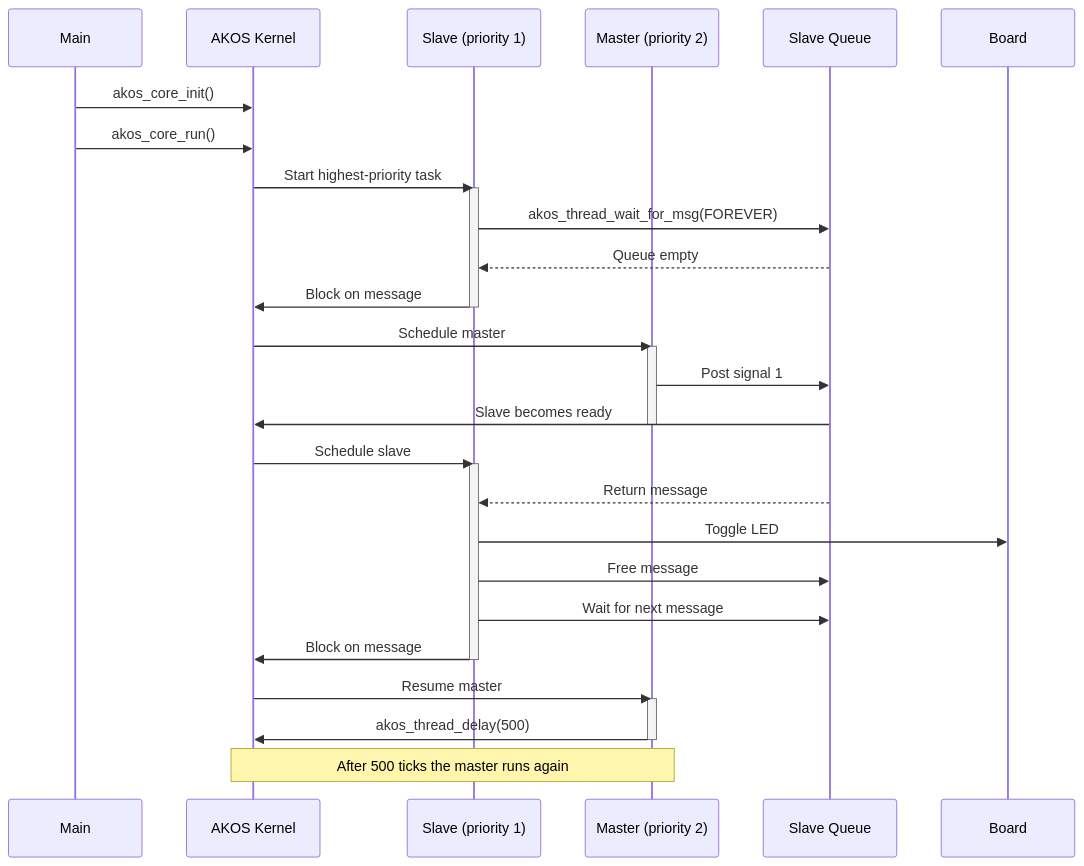
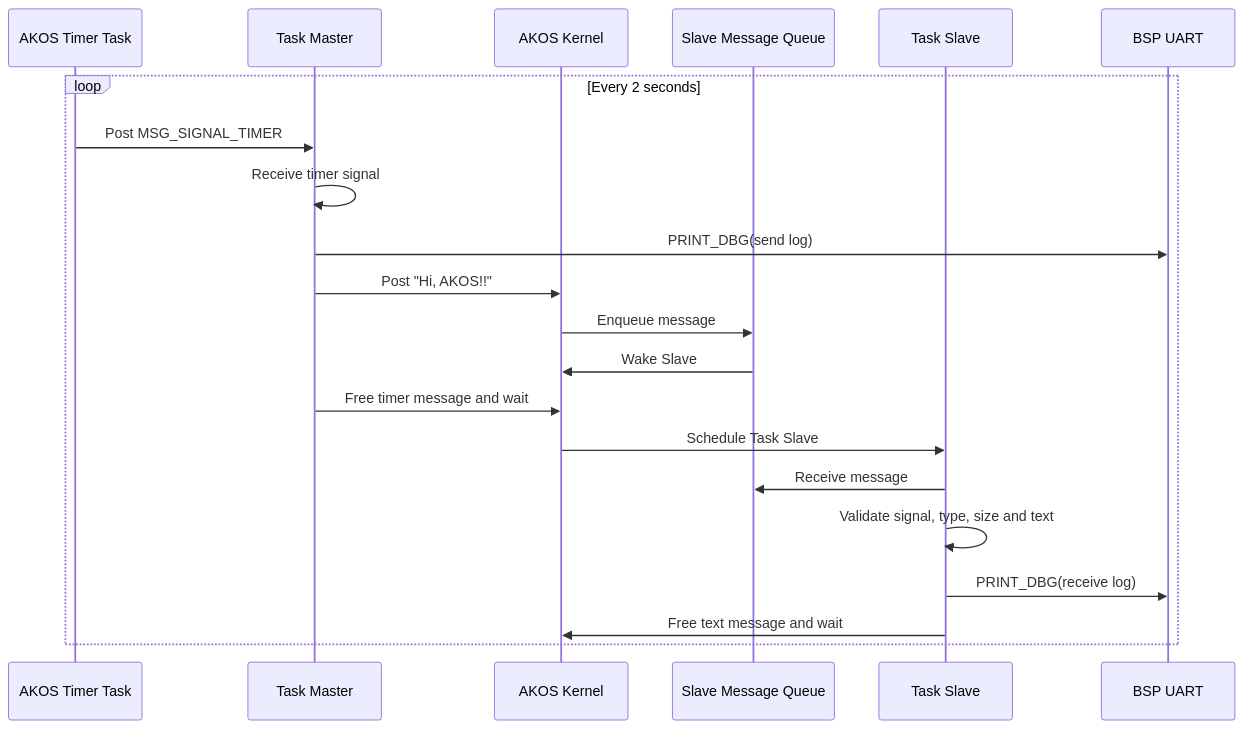
Before and after one commit to the-ak-foundation/akos: the diagram in examples/message/README.md, drawn with Mermaid. The commit also changed other lines of this file and 173 other files, not shown here.

````diff
--- a/examples/message/README.md
+++ b/examples/message/README.md
@@ -7,40 +13,24 @@
 ```mermaid
 sequenceDiagram
-    participant Main
+    participant Timer as AKOS Timer Task
+    participant Master as Task Master
     participant Kernel as AKOS Kernel
-    participant Slave as Slave (priority 1)
-    participant Master as Master (priority 2)
-    participant Queue as Slave Queue
-    participant Board
+    participant Queue as Slave Message Queue
+    participant Slave as Task Slave
+    participant UART as BSP UART
 
-    Main->>Kernel: akos_core_init()
-    Main->>Kernel: akos_core_run()
-
-    Kernel->>Slave: Start highest-priority task
-    activate Slave
-    Slave->>Queue: akos_thread_wait_for_msg(FOREVER)
-    Queue-->>Slave: Queue empty
-    Slave->>Kernel: Block on message
-    deactivate Slave
-
-    Kernel->>Master: Schedule master
-    activate Master
-    Master->>Queue: Post signal 1
-    Queue->>Kernel: Slave becomes ready
-    deactivate Master
-    Kernel->>Slave: Schedule slave
-    activate Slave
-    Queue-->>Slave: Return message
-    Slave->>Board: Toggle LED
-    Slave->>Queue: Free message
-    Slave->>Queue: Wait for next message
-    Slave->>Kernel: Block on message
-    deactivate Slave
-
-    Kernel->>Master: Resume master
-    activate Master
-    Master->>Kernel: akos_thread_delay(500)
-    deactivate Master
-
-    Note over Kernel,Master: After 500 ticks the master runs again
+    loop Every 2 seconds
+        Timer->>Master: Post MSG_SIGNAL_TIMER
+        Master->>Master: Receive timer signal
+        Master->>UART: PRINT_DBG(send log)
+        Master->>Kernel: Post "Hi, AKOS!!"
+        Kernel->>Queue: Enqueue message
+        Queue->>Kernel: Wake Slave
+        Master->>Kernel: Free timer message and wait
+        Kernel->>Slave: Schedule Task Slave
+        Slave->>Queue: Receive message
+        Slave->>Slave: Validate signal, type, size and text
+        Slave->>UART: PRINT_DBG(receive log)
+        Slave->>Kernel: Free text message and wait
+    end
 ```
````
